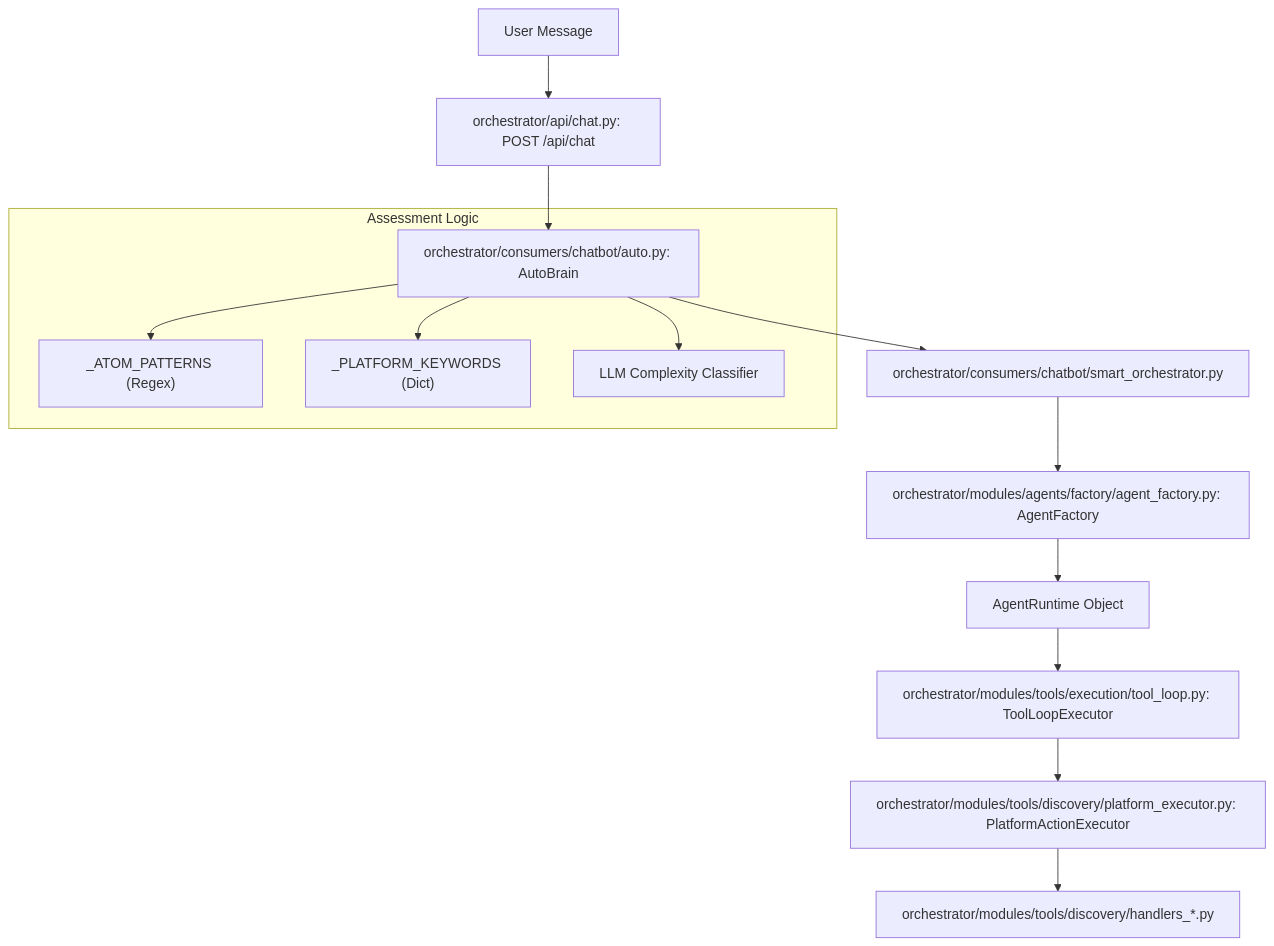
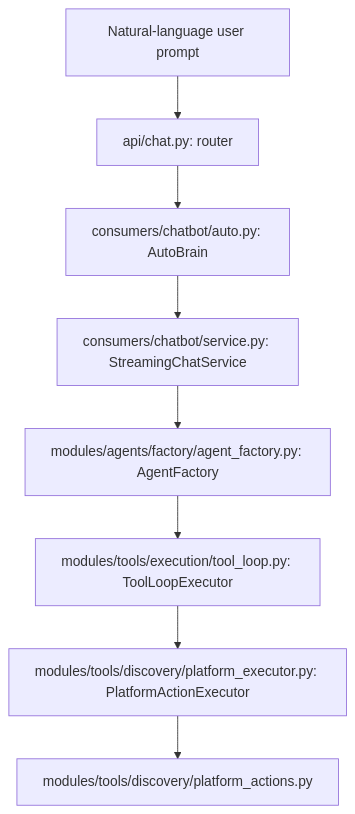
The first of 2 diagrams in docs/glossary/_index.md (AutomatosAI/automatos-ai), drawn with Mermaid before and after one commit. The commit also changed other lines of this file and 188 other files, not shown here.

First line of the commit message:
docs: refresh architecture docs and add coverage for new subsystems (#1416)

````diff
--- a/docs/glossary/_index.md
+++ b/docs/glossary/_index.md
@@ -115,20 +261,10 @@
 ```mermaid
 graph TD
-    User["User Message"] --> Router["orchestrator/api/chat.py: POST /api/chat"]
-    Router --> Auto["orchestrator/consumers/chatbot/auto.py: AutoBrain"]
-    
-    subgraph "Assessment Logic"
-        Auto --> P1["_ATOM_PATTERNS (Regex)"]
-        Auto --> P2["_PLATFORM_KEYWORDS (Dict)"]
-        Auto --> P3["LLM Complexity Classifier"]
-    end
-    
-    Auto --> Orchestrator["orchestrator/consumers/chatbot/smart_orchestrator.py"]
-    Orchestrator --> Factory["orchestrator/modules/agents/factory/agent_factory.py: AgentFactory"]
-    Factory --> Runtime["AgentRuntime Object"]
-    
-    Runtime --> Tools["orchestrator/modules/tools/execution/tool_loop.py: ToolLoopExecutor"]
-    Tools --> Platform["orchestrator/modules/tools/discovery/platform_executor.py: PlatformActionExecutor"]
-    
-    Platform --> Handlers["orchestrator/modules/tools/discovery/handlers_*.py"]
+    UserPrompt["Natural-language user prompt"] --> ChatRoute["api/chat.py: router"]
+    ChatRoute --> AutoBrain["consumers/chatbot/auto.py: AutoBrain"]
+    AutoBrain --> ChatService["consumers/chatbot/service.py: StreamingChatService"]
+    ChatService --> AgentFactory["modules/agents/factory/agent_factory.py: AgentFactory"]
+    AgentFactory --> ToolLoop["modules/tools/execution/tool_loop.py: ToolLoopExecutor"]
+    ToolLoop --> PlatformExecutor["modules/tools/discovery/platform_executor.py: PlatformActionExecutor"]
+    PlatformExecutor --> PlatformActions["modules/tools/discovery/platform_actions.py"]
 ```
````
